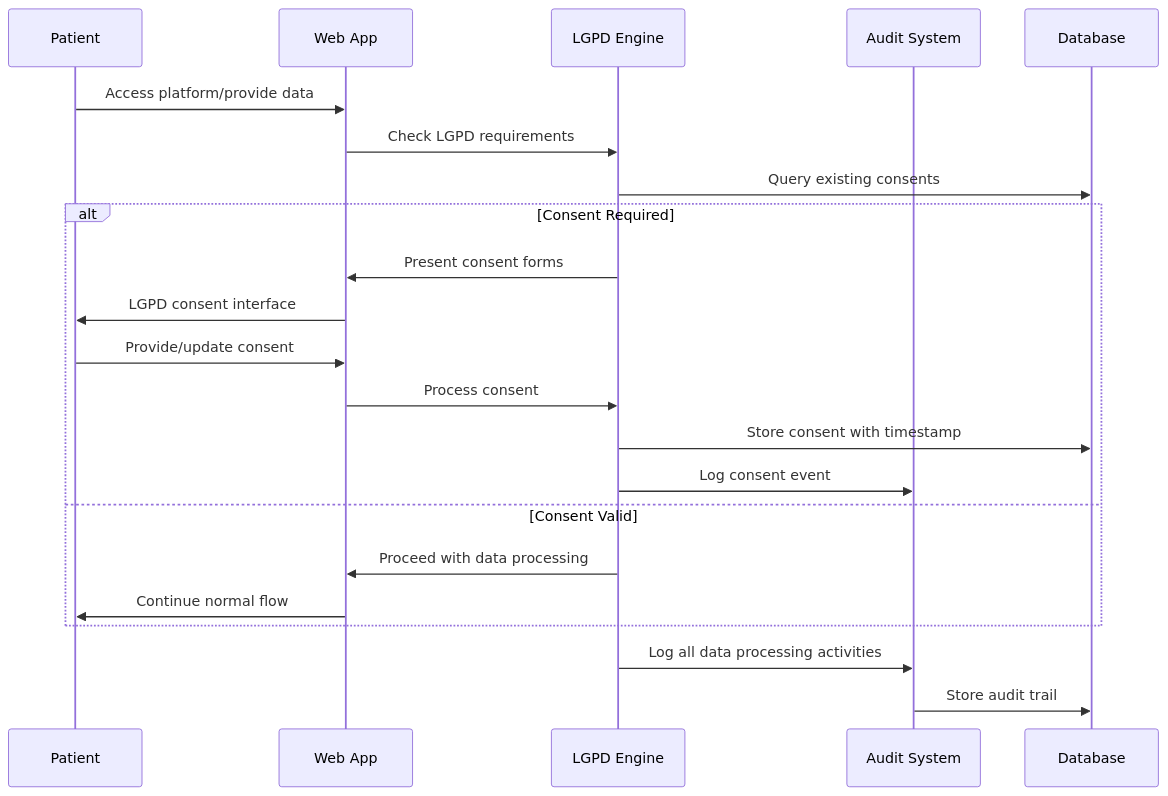
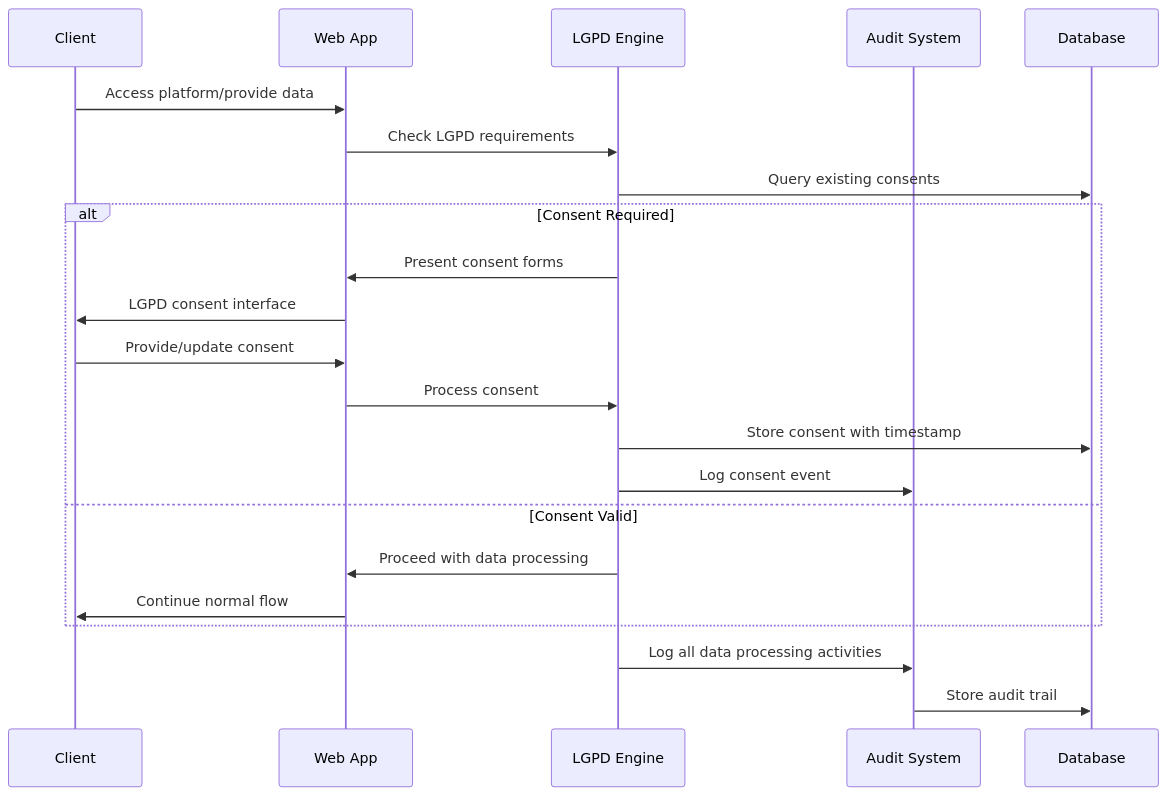
One commit to GrupoUS/neonpro changed the ninth of 16 diagrams in docs/architecture/aesthetic-platform-flows.md. Above: the diagram before and after it, drawn with Mermaid. The commit also changed other lines of this file and 892 other files, not shown here.

````diff
--- a/docs/architecture/aesthetic-platform-flows.md
+++ b/docs/architecture/aesthetic-platform-flows.md
@@ -343,27 +464,27 @@
 ```mermaid
 sequenceDiagram
-    participant P as Patient
+    participant C as Client
     participant W as Web App
     participant L as LGPD Engine
     participant A as Audit System
     participant DB as Database
 
-    P->>W: Access platform/provide data
+    C->>W: Access platform/provide data
     W->>L: Check LGPD requirements
     L->>DB: Query existing consents
 
     alt Consent Required
         L->>W: Present consent forms
-        W->>P: LGPD consent interface
-        P->>W: Provide/update consent
+        W->>C: LGPD consent interface
+        C->>W: Provide/update consent
         W->>L: Process consent
         L->>DB: Store consent with timestamp
         L->>A: Log consent event
     else Consent Valid
         L->>W: Proceed with data processing
-        W->>P: Continue normal flow
+        W->>C: Continue normal flow
     end
 
     L->>A: Log all data processing activities
     A->>DB: Store audit trail
 ```
````
